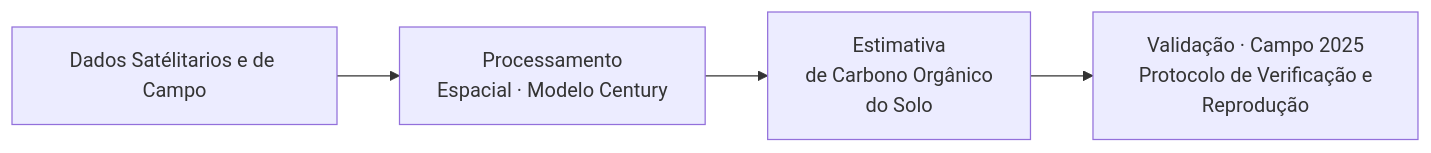
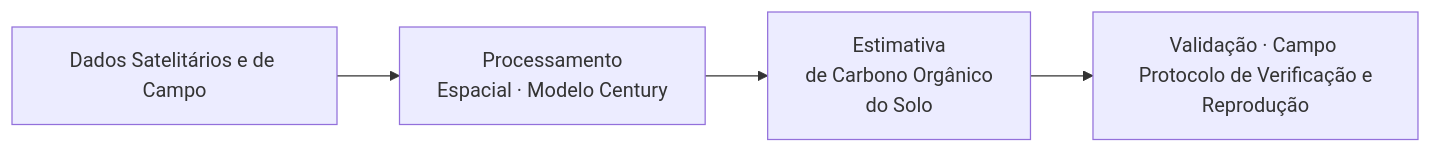
Before and after one commit to FelipeJesusRemoteSensing/CarbonProgram: the second of 2 diagrams in docs/mds/contexto.md, drawn with Mermaid.

````diff
--- a/docs/mds/contexto.md
+++ b/docs/mds/contexto.md
@@ -43,7 +43,7 @@
 ```mermaid
 flowchart LR
-    A[Dados Satélitarios e de Campo] --> B[Processamento<br>Espacial · Modelo Century]
+    A[Dados Satelitários e de Campo] --> B[Processamento<br>Espacial · Modelo Century]
     B --> C[Estimativa<br>de Carbono Orgânico<br> do Solo]
-    C --> D[Validação · Campo 2025<br> Protocolo de Verificação e Reprodução]
+    C --> D[Validação · Campo <br> Protocolo de Verificação e Reprodução]
 
 ```
````
